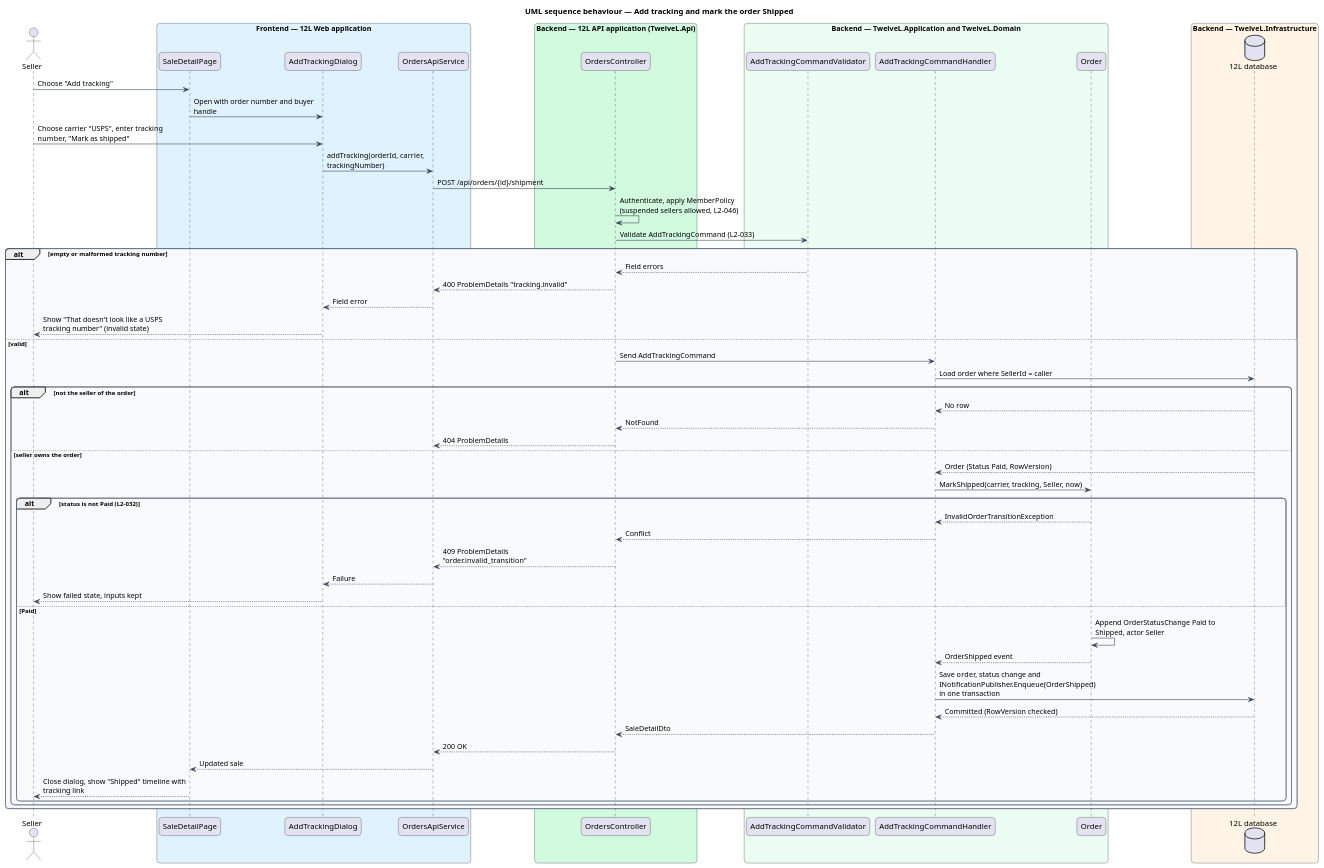
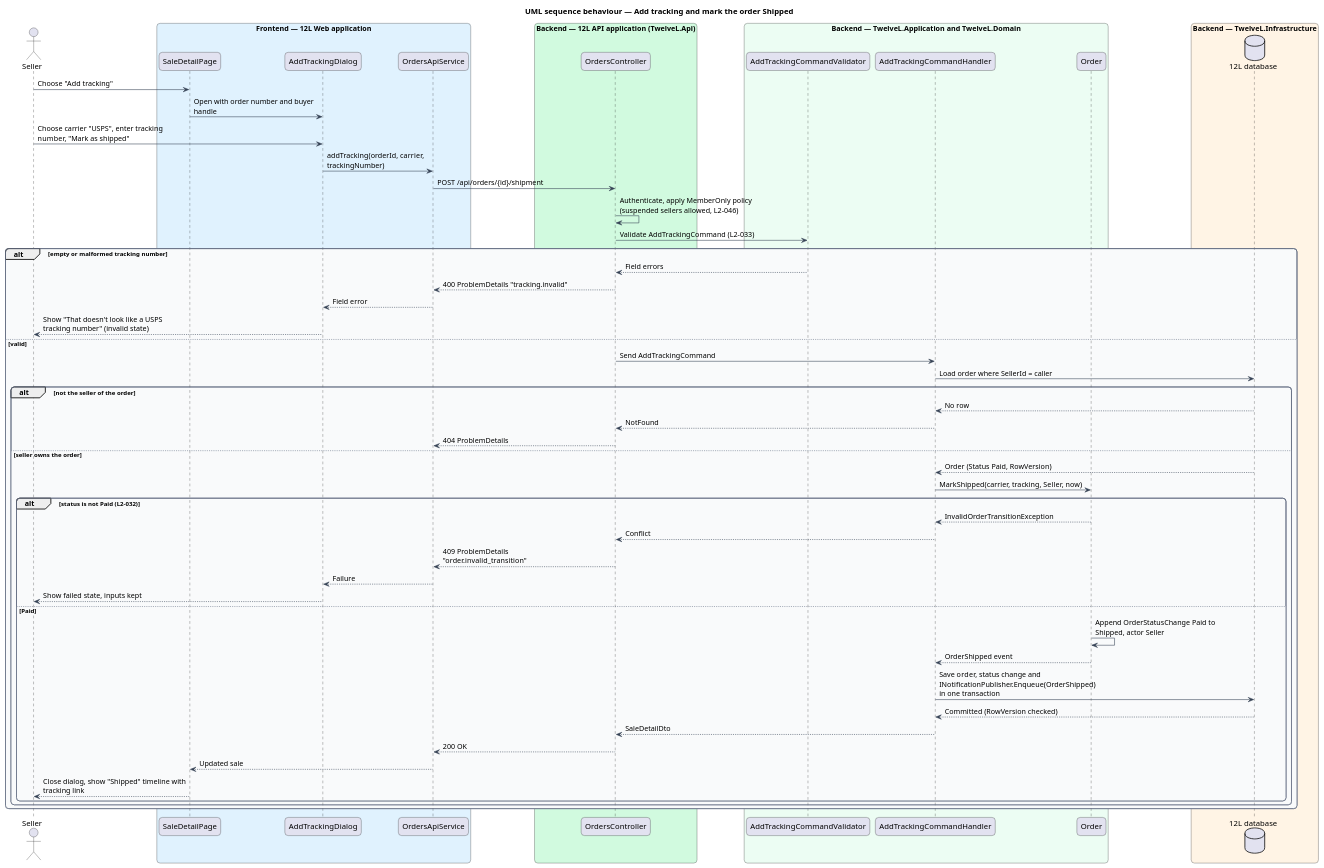
One commit to QuinntyneBrown/12l changed the diagram in docs/detailed-designs/orders/ship-order/diagrams/sequence-add-tracking.puml. Above: the diagram before and after it, drawn with PlantUML. The commit also changed 145 other files, not shown here.

```diff
--- a/docs/detailed-designs/orders/ship-order/diagrams/sequence-add-tracking.puml
+++ b/docs/detailed-designs/orders/ship-order/diagrams/sequence-add-tracking.puml
@@ -1,76 +1,76 @@
 @startuml
 title UML sequence behaviour — Add tracking and mark the order Shipped
 skinparam backgroundColor #FFFFFF
 skinparam shadowing false
 skinparam roundcorner 12
 skinparam defaultFontName Arial
 skinparam ArrowColor #344054
 skinparam rectangle {
   BorderColor #344054
   FontColor #101828
 }
 skinparam package {
   BorderColor #667085
   FontColor #101828
   BackgroundColor #F9FAFB
 }
 skinparam sequenceMessageAlign left
 skinparam maxMessageSize 260
 actor "Seller" as actor
 box "Frontend — 12L Web application" #E0F2FE
   participant "SaleDetailPage" as page
   participant "AddTrackingDialog" as dlg
   participant "OrdersApiService" as client
 end box
 box "Backend — 12L API application (TwelveL.Api)" #D1FADF
   participant "OrdersController" as ctrl
 end box
 box "Backend — TwelveL.Application and TwelveL.Domain" #ECFDF3
   participant "AddTrackingCommandValidator" as val
   participant "AddTrackingCommandHandler" as h
   participant "Order" as order
 end box
 box "Backend — TwelveL.Infrastructure" #FFF4E5
   database "12L database" as db
 end box
 actor -> page : Choose "Add tracking"
 page -> dlg : Open with order number and buyer handle
 actor -> dlg : Choose carrier "USPS", enter tracking number, "Mark as shipped"
 dlg -> client : addTracking(orderId, carrier, trackingNumber)
 client -> ctrl : POST /api/orders/{id}/shipment
-ctrl -> ctrl : Authenticate, apply MemberPolicy (suspended sellers allowed, L2-046)
+ctrl -> ctrl : Authenticate, apply MemberOnly policy (suspended sellers allowed, L2-046)
 ctrl -> val : Validate AddTrackingCommand (L2-033)
 alt empty or malformed tracking number
   val --> ctrl : Field errors
   ctrl --> client : 400 ProblemDetails "tracking.invalid"
   client --> dlg : Field error
   dlg --> actor : Show "That doesn't look like a USPS tracking number" (invalid state)
 else valid
   ctrl -> h : Send AddTrackingCommand
   h -> db : Load order where SellerId = caller
   alt not the seller of the order
     db --> h : No row
     h --> ctrl : NotFound
     ctrl --> client : 404 ProblemDetails
   else seller owns the order
     db --> h : Order (Status Paid, RowVersion)
     h -> order : MarkShipped(carrier, tracking, Seller, now)
     alt status is not Paid (L2-032)
       order --> h : InvalidOrderTransitionException
       h --> ctrl : Conflict
       ctrl --> client : 409 ProblemDetails "order.invalid_transition"
       client --> dlg : Failure
       dlg --> actor : Show failed state, inputs kept
     else Paid
       order -> order : Append OrderStatusChange Paid to Shipped, actor Seller
       order --> h : OrderShipped event
       h -> db : Save order, status change and INotificationPublisher.Enqueue(OrderShipped) in one transaction
       db --> h : Committed (RowVersion checked)
       h --> ctrl : SaleDetailDto
       ctrl --> client : 200 OK
       client --> page : Updated sale
       page --> actor : Close dialog, show "Shipped" timeline with tracking link
     end
   end
 end
 @enduml
```
